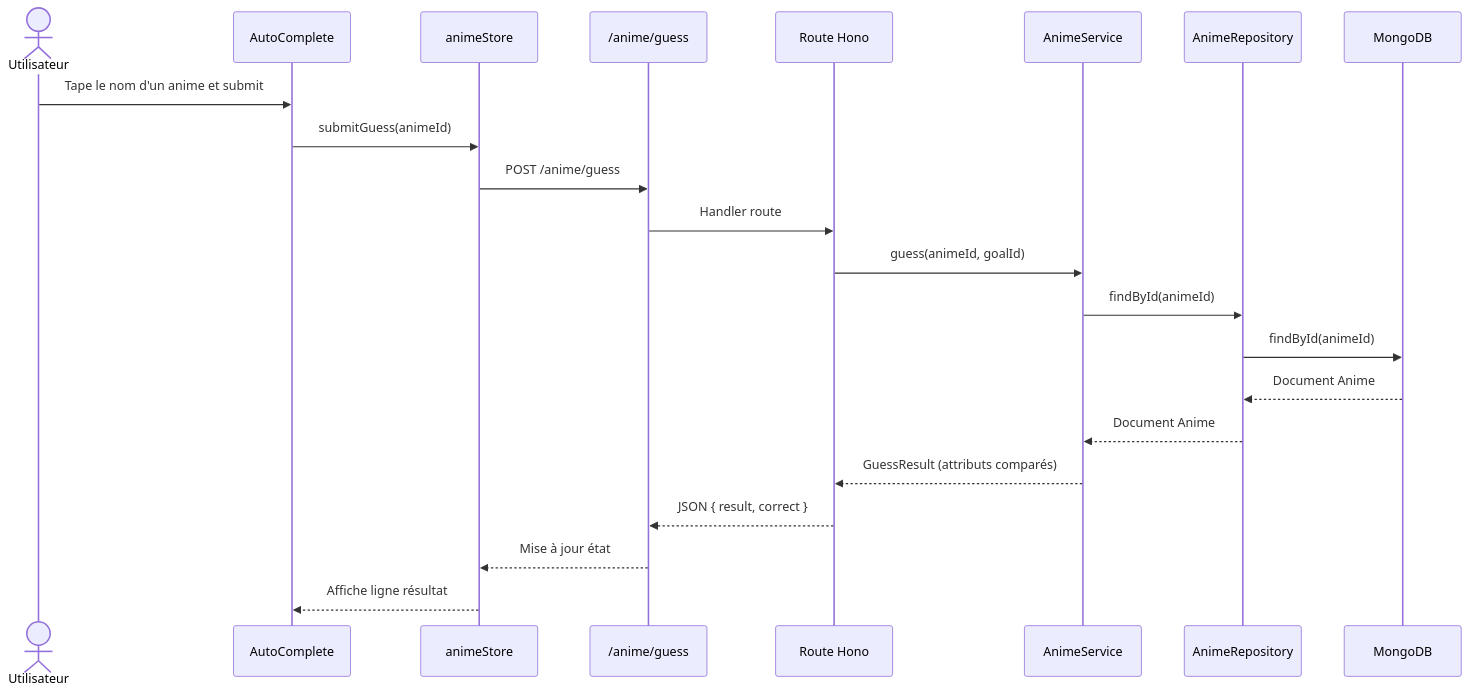
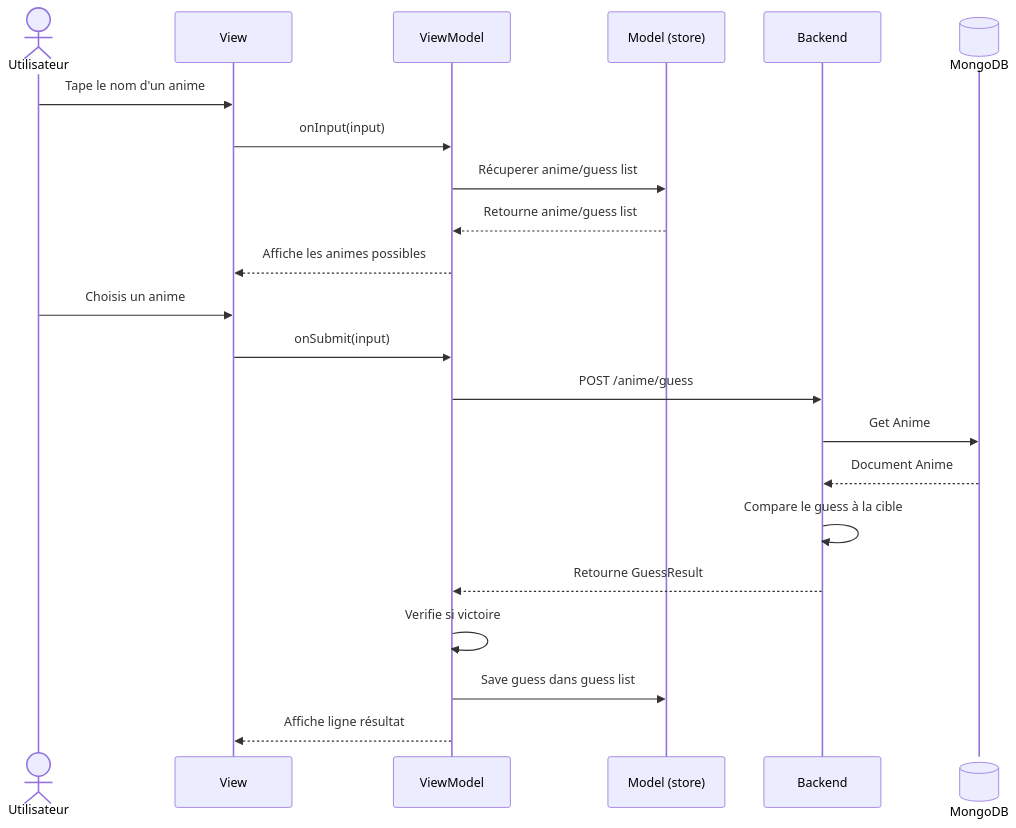
One commit to Shiyamii/presentation-animdle changed the second of 2 diagrams in slides.md. Above: the diagram before and after it, drawn with Mermaid. The commit also changed other lines of this file, not shown here.

Commit message:
Vue d'ensemble

````diff
--- a/slides.md
+++ b/slides.md
@@ -336,25 +337,24 @@
 ```mermaid {scale: 0.45}
 sequenceDiagram
     actor U as Utilisateur
-    participant C as AutoComplete
-    participant S as animeStore
-    participant API as /anime/guess
-    participant R as Route Hono
-    participant Sv as AnimeService
-    participant Rp as AnimeRepository
-    participant DB as MongoDB
-
-    U->>C: Tape le nom d'un anime et submit
-    C->>S: submitGuess(animeId)
-    S->>API: POST /anime/guess
-    API->>R: Handler route
-    R->>Sv: guess(animeId, goalId)
-    Sv->>Rp: findById(animeId)
-    Rp->>DB: findById(animeId)
-    DB-->>Rp: Document Anime
-    Rp-->>Sv: Document Anime
-    Sv-->>R: GuessResult (attributs comparés)
-    R-->>API: JSON { result, correct }
-    API-->>S: Mise à jour état
-    S-->>C: Affiche ligne résultat
+    participant V as View
+    participant VM as ViewModel
+    participant M as Model (store)
+    participant B as Backend
+    participant DB@{ "type" : "database" } as MongoDB
+    U->>V: Tape le nom d'un anime
+    V->>VM: onInput(input)
+    VM->>M: Récuperer anime/guess list
+    M-->>VM: Retourne anime/guess list
+    VM-->>V: Affiche les animes possibles
+    U->>V: Choisis un anime
+    V->>VM: onSubmit(input)
+    VM->>B: POST /anime/guess
+    B->>DB : Get Anime
+    DB-->>B: Document Anime
+    B->>B : Compare le guess à la cible
+    B-->>VM: Retourne GuessResult
+    VM->>VM: Verifie si victoire
+    VM->>M: Save guess dans guess list
+    VM-->>V: Affiche ligne résultat
 ```
````
